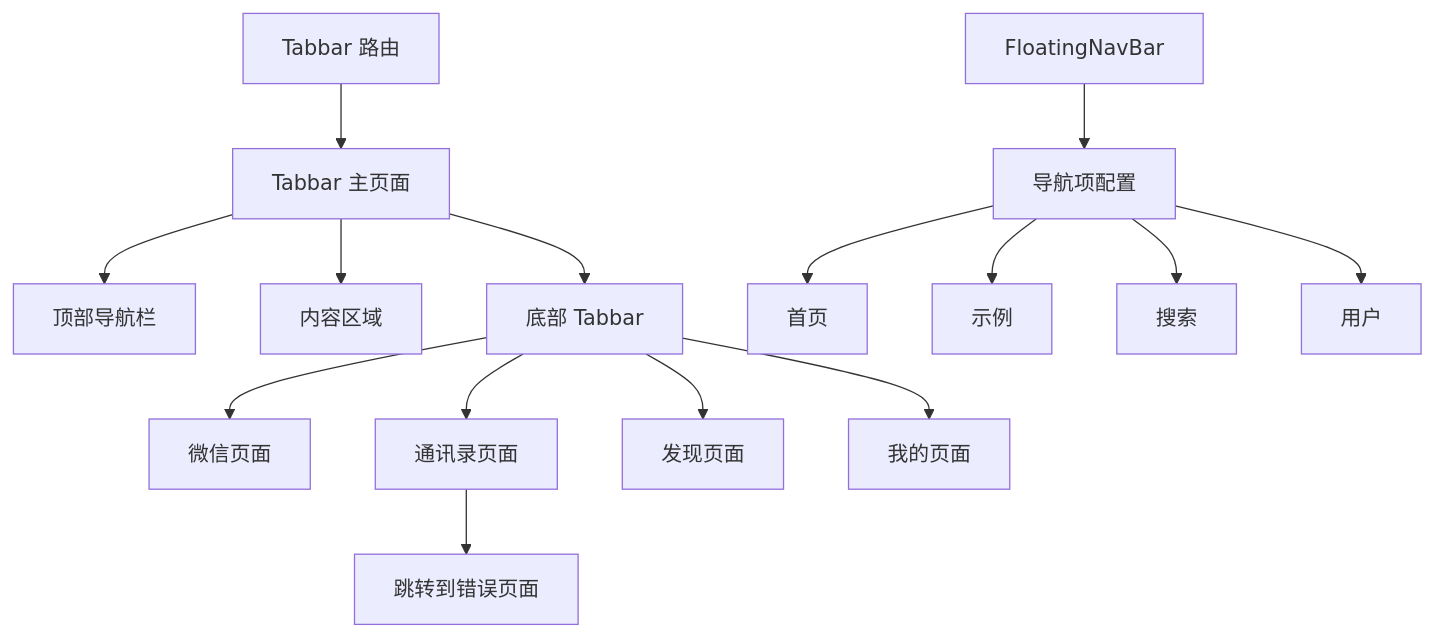
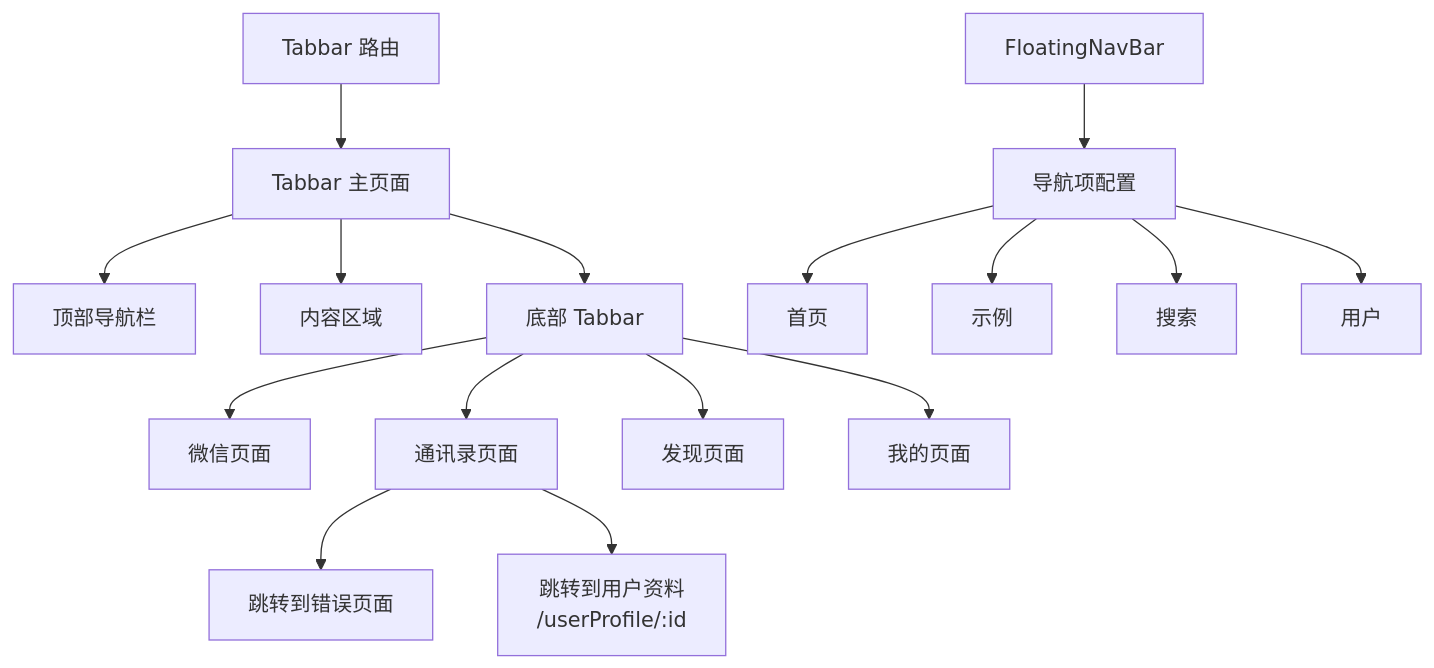
Diagram 12 of 13 in .qoder/repowiki/zh/content/核心系统/路由系统.md (giserman001/vue3-vant4-mobile), drawn with Mermaid before and after one commit. The commit also changed other lines of this file and 13 other files, not shown here.

````diff
--- a/.qoder/repowiki/zh/content/核心系统/路由系统.md
+++ b/.qoder/repowiki/zh/content/核心系统/路由系统.md
@@ -552,17 +647,18 @@
 ```mermaid
 flowchart TD
 Tabbar["Tabbar 路由"] --> Main["Tabbar 主页面"]
 Main --> Header["顶部导航栏"]
 Main --> Content["内容区域"]
 Main --> Footer["底部 Tabbar"]
 Footer --> WX["微信页面"]
 Footer --> Address["通讯录页面"]
 Footer --> Find["发现页面"]
 Footer --> Mine["我的页面"]
 Address --> ErrorNav["跳转到错误页面"]
+Address --> ProfileNav["跳转到用户资料<br/>/userProfile/:id"]
 Floating["FloatingNavBar"] --> Items["导航项配置"]
 Items --> Home["首页"]
 Items --> Example["示例"]
 Items --> Search["搜索"]
 Items --> User["用户"]
 ```
````
